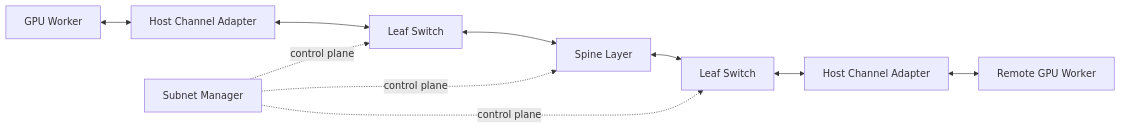
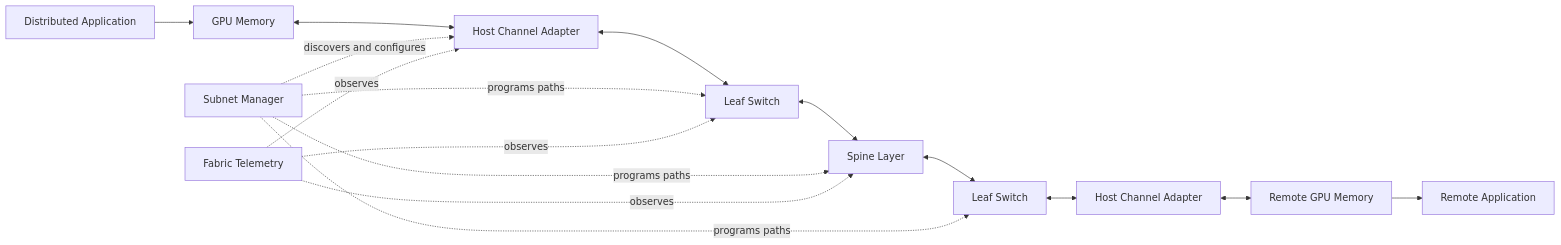
One commit to jithinpnjm/nvidia-devops changed the first of 2 diagrams in docs/nvidia-zero-to-hero/volume-08/index.md. Above: the diagram before and after it, drawn with Mermaid. The commit also changed other lines of this file, not shown here.

````diff
--- a/docs/nvidia-zero-to-hero/volume-08/index.md
+++ b/docs/nvidia-zero-to-hero/volume-08/index.md
@@ -28,16 +65,31 @@
 ```mermaid
 flowchart LR
-    GPU0[GPU Worker]
+    App0[Distributed Application]
+    GPU0[GPU Memory]
     HCA0[Host Channel Adapter]
     Leaf0[Leaf Switch]
     Spine[Spine Layer]
     Leaf1[Leaf Switch]
     HCA1[Host Channel Adapter]
-    GPU1[Remote GPU Worker]
+    GPU1[Remote GPU Memory]
+    App1[Remote Application]
     SM[Subnet Manager]
+    Telemetry[Fabric Telemetry]
 
-    GPU0 <--> HCA0 <--> Leaf0 <--> Spine <--> Leaf1 <--> HCA1 <--> GPU1
-    SM -. control plane .-> Leaf0
-    SM -. control plane .-> Spine
-    SM -. control plane .-> Leaf1
+    App0 --> GPU0
+    GPU0 <--> HCA0
+    HCA0 <--> Leaf0
+    Leaf0 <--> Spine
+    Spine <--> Leaf1
+    Leaf1 <--> HCA1
+    HCA1 <--> GPU1
+    GPU1 --> App1
+
+    SM -. discovers and configures .-> HCA0
+    SM -. programs paths .-> Leaf0
+    SM -. programs paths .-> Spine
+    SM -. programs paths .-> Leaf1
+    Telemetry -. observes .-> HCA0
+    Telemetry -. observes .-> Leaf0
+    Telemetry -. observes .-> Spine
 ```
````
